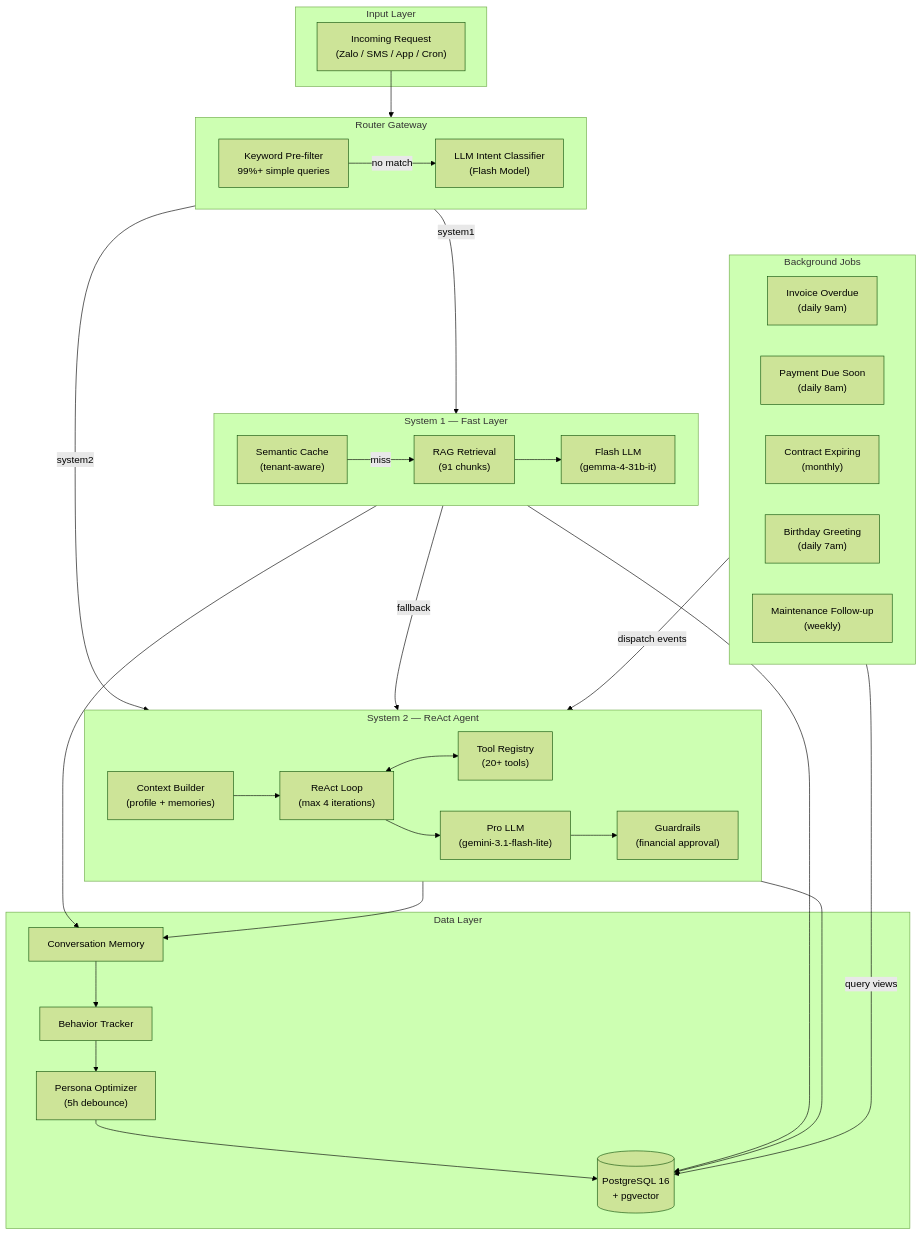
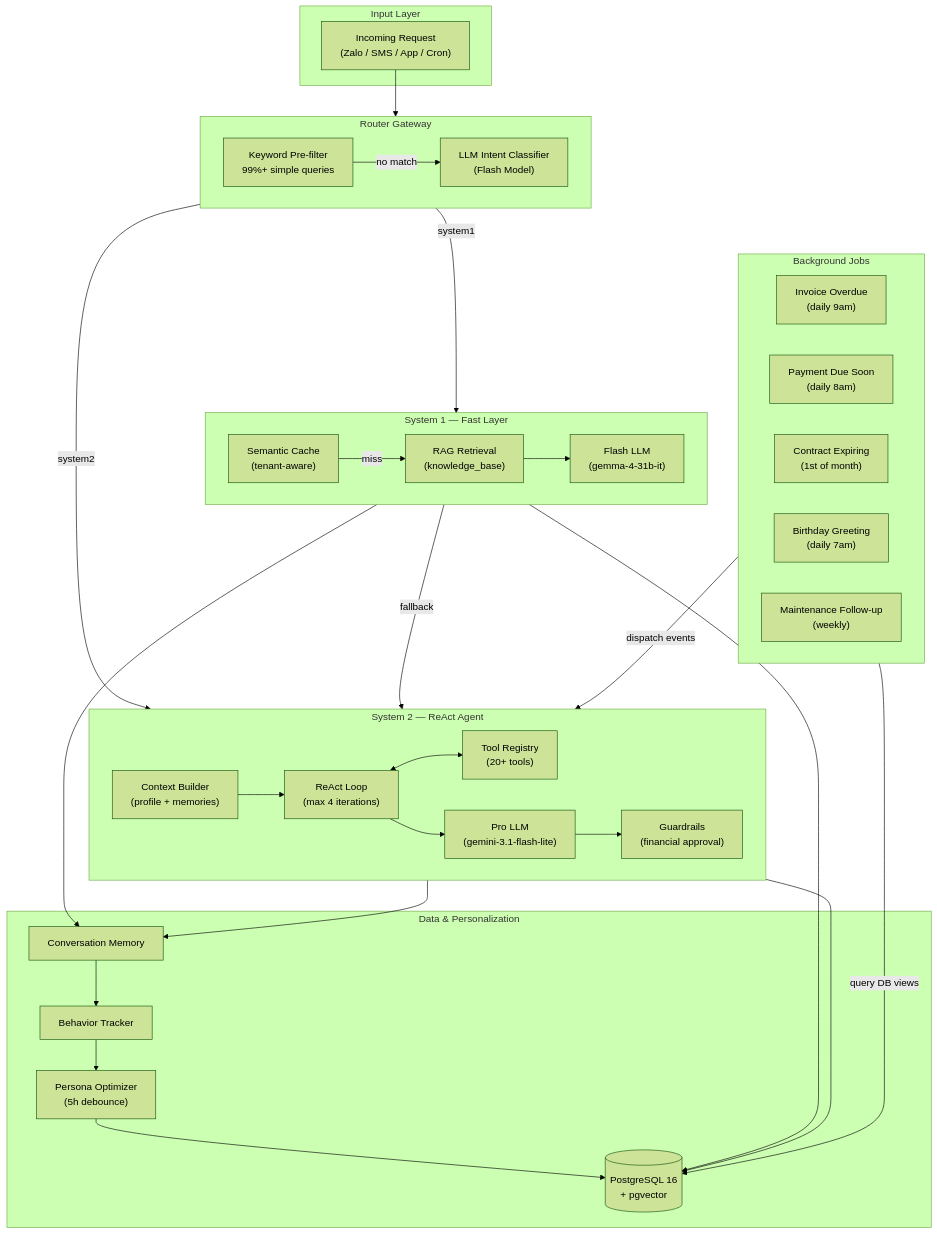
Before and after one commit to noskaiser2310/TroManager_Architecture2: the diagram in README.md, drawn with Mermaid (forest theme). The commit also changed other lines of this file, not shown here.

Commit message:
docs: Update README with enhanced features, setup instructions, and architectural decisions

````diff
--- a/README.md
+++ b/README.md
@@ -16,60 +96,60 @@
 ```mermaid
 graph TB
     subgraph Input["Input Layer"]
         REQ["Incoming Request<br/>(Zalo / SMS / App / Cron)"]
     end
 
     subgraph Router["Router Gateway"]
         KF["Keyword Pre-filter<br/>99%+ simple queries"]
         LLMR["LLM Intent Classifier<br/>(Flash Model)"]
         KF -->|"no match"| LLMR
     end
 
     subgraph S1["System 1 — Fast Layer"]
         SC["Semantic Cache<br/>(tenant-aware)"]
-        RAG["RAG Retrieval<br/>(91 chunks)"]
+        RAG["RAG Retrieval<br/>(knowledge_base)"]
         FLASH["Flash LLM<br/>(gemma-4-31b-it)"]
         SC -->|"miss"| RAG --> FLASH
     end
 
     subgraph S2["System 2 — ReAct Agent"]
         CTX["Context Builder<br/>(profile + memories)"]
         REACT["ReAct Loop<br/>(max 4 iterations)"]
         TOOLS["Tool Registry<br/>(20+ tools)"]
         PRO["Pro LLM<br/>(gemini-3.1-flash-lite)"]
         GR["Guardrails<br/>(financial approval)"]
         CTX --> REACT
         REACT <--> TOOLS
         REACT --> PRO
         PRO --> GR
     end
 
-    subgraph Storage["Data Layer"]
+    subgraph Storage["Data & Personalization"]
         PG[("PostgreSQL 16<br/>+ pgvector")]
         MEM["Conversation Memory"]
         BT["Behavior Tracker"]
         PO["Persona Optimizer<br/>(5h debounce)"]
     end
 
     subgraph Cron["Background Jobs"]
         INV["Invoice Overdue<br/>(daily 9am)"]
         PAY["Payment Due Soon<br/>(daily 8am)"]
-        CTR["Contract Expiring<br/>(monthly)"]
+        CTR["Contract Expiring<br/>(1st of month)"]
         BDAY["Birthday Greeting<br/>(daily 7am)"]
         MTN["Maintenance Follow-up<br/>(weekly)"]
     end
 
     REQ --> Router
     Router -->|"system1"| S1
     Router -->|"system2"| S2
     S1 -->|"fallback"| S2
     S1 --> MEM
     S2 --> MEM
     MEM --> BT
     BT --> PO
     S1 --> PG
     S2 --> PG
     PO --> PG
-    Cron -->|"query views"| PG
+    Cron -->|"query DB views"| PG
     Cron -->|"dispatch events"| S2
 ```
````
